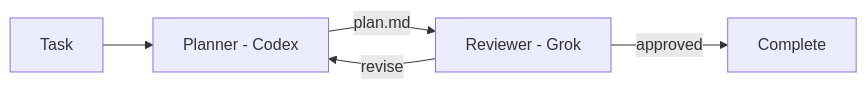
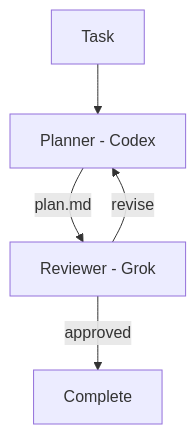
One commit to nodeint/migent changed the diagram in README.md. Above: the diagram before and after it, drawn with Mermaid. The commit also changed other lines of this file and 6 other files, not shown here.

````diff
--- a/README.md
+++ b/README.md
@@ -51,7 +51,7 @@
 ```mermaid
-flowchart LR
+flowchart TD
     A[Task] --> B[Planner - Codex]
     B -->|plan.md| C[Reviewer - Grok]
     C -->|revise| B
     C -->|approved| D[Complete]
 ```
````
